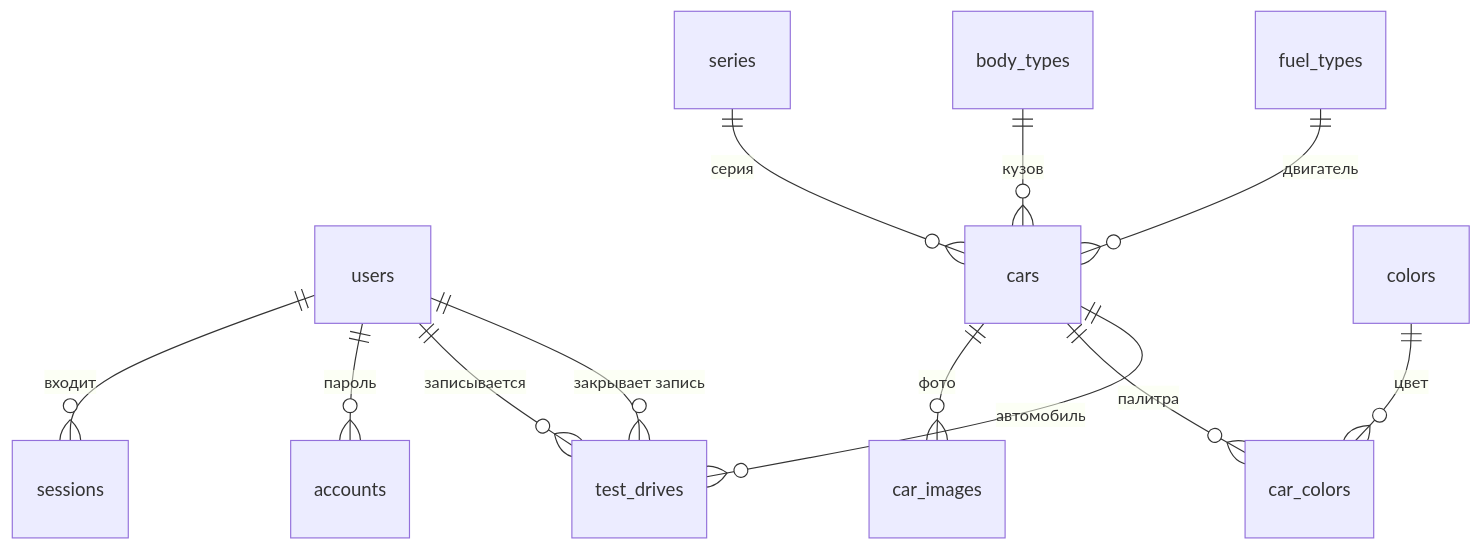
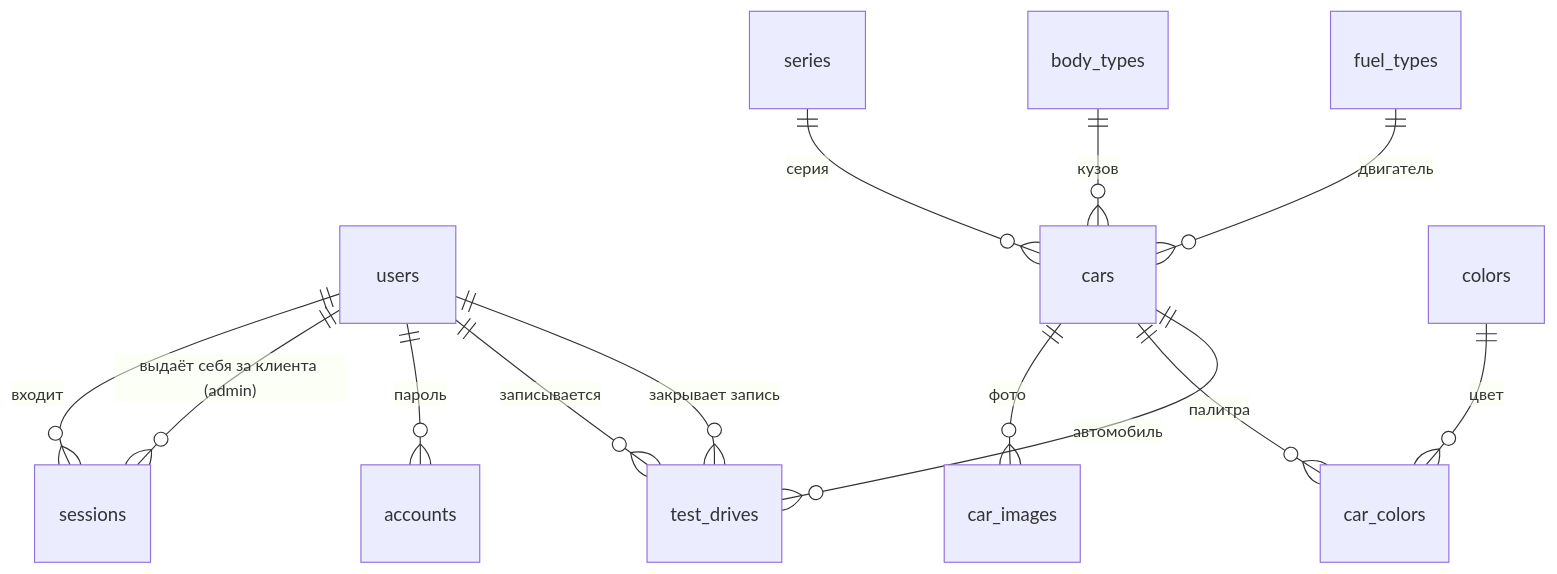
The diagram in docs/db/README.md (Zacharovanii/CarShowroom), drawn with Mermaid before and after one commit. The commit also changed other lines of this file and 2 other files, not shown here.

First line of the commit message:
docs(db): добавлены колонки Better Auth в accounts и sessions

````diff
--- a/docs/db/README.md
+++ b/docs/db/README.md
@@ -49,16 +49,17 @@
 ```mermaid
 erDiagram
     users      ||--o{ sessions    : "входит"
+    users      ||--o{ sessions    : "выдаёт себя за клиента (admin)"
     users      ||--o{ accounts    : "пароль"
     users      ||--o{ test_drives : "записывается"
     users      ||--o{ test_drives : "закрывает запись"
 
     series     ||--o{ cars        : "серия"
     body_types ||--o{ cars        : "кузов"
     fuel_types ||--o{ cars        : "двигатель"
 
     cars       ||--o{ car_images  : "фото"
     cars       ||--o{ car_colors  : "палитра"
     colors     ||--o{ car_colors  : "цвет"
     cars       ||--o{ test_drives : "автомобиль"
 ```
````
